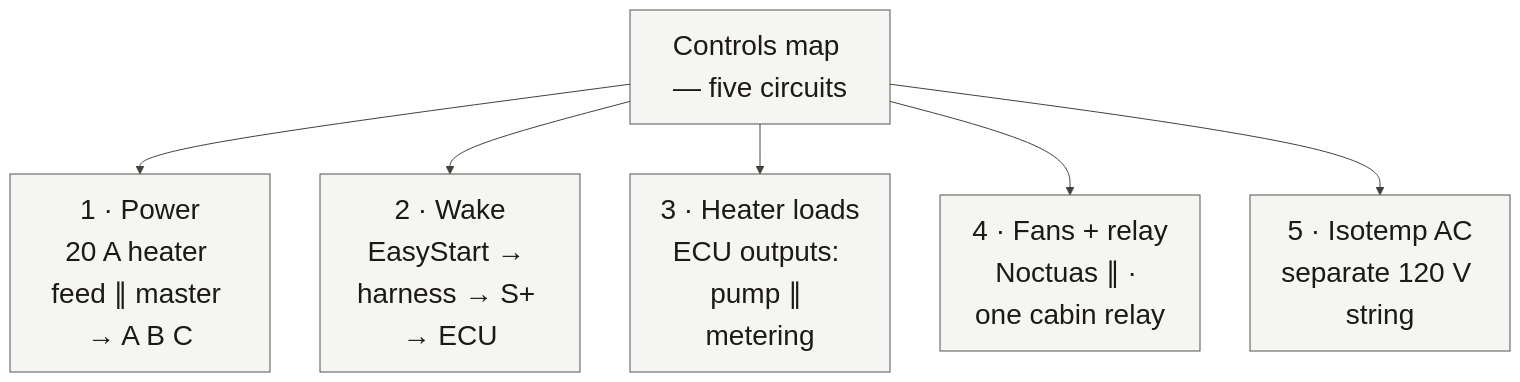
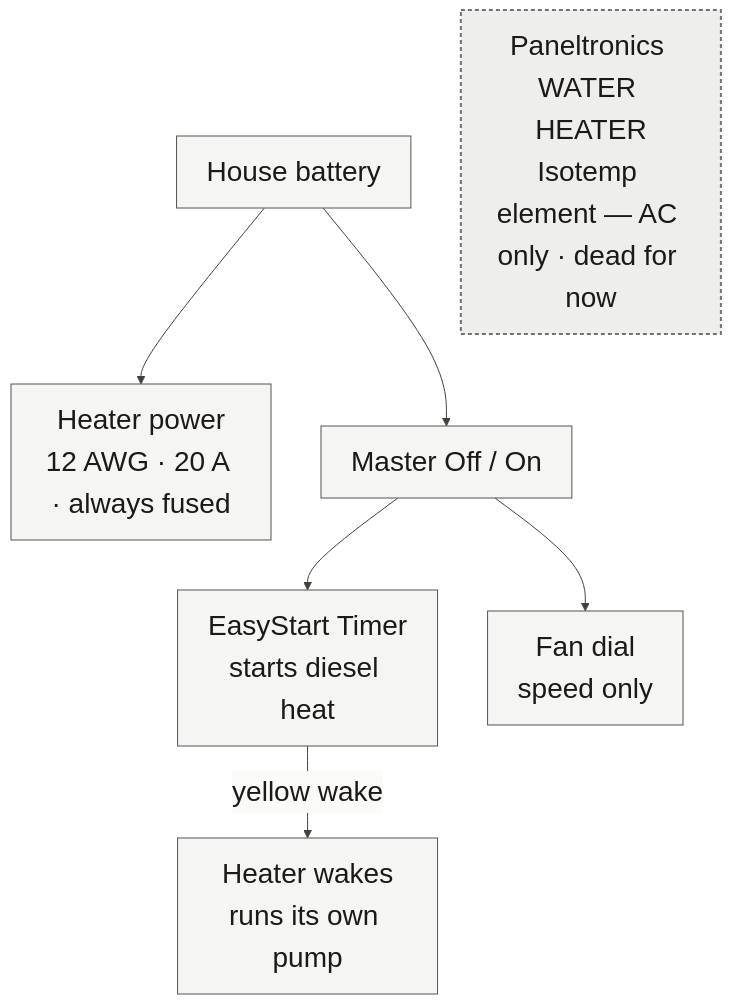
Before and after one commit to benracine/sprinter-heat: the diagram in book/diagrams/electrical.mmd, drawn with Mermaid. The commit also changed 23 other files, not shown here.

```diff
--- a/book/diagrams/electrical.mmd
+++ b/book/diagrams/electrical.mmd
@@ -1,11 +1,14 @@
 %%{init: {'theme':'base','themeVariables': {'background':'#fafaf9','primaryColor':'#f5f5f4','primaryTextColor':'#1c1917','primaryBorderColor':'#57534e','lineColor':'#44403c','secondaryColor':'#e7e5e4','tertiaryColor':'#eeeeec','fontFamily':'Avenir Next, Avenir, Helvetica Neue, sans-serif','fontSize':'28px','textColor':'#1c1917','mainBkg':'#f5f5f4','clusterBkg':'#eeeeec','clusterBorder':'#78716c','edgeLabelBackground':'#fafaf9'}}}%%
 flowchart TB
-  MAP["Controls map — five circuits"]
-  MAP --> P["1 · Power<br/>20 A heater feed ∥ master → A B C"]
-  MAP --> W["2 · Wake<br/>EasyStart → harness → S+ → ECU"]
-  MAP --> H["3 · Heater loads<br/>ECU outputs: pump ∥ metering"]
-  MAP --> F["4 · Fans + relay<br/>Noctuas ∥ · one cabin relay"]
-  MAP --> A["5 · Isotemp AC<br/>separate 120 V string"]
+  BAT["House battery"]
+  BAT --> H["Heater power<br/>12 AWG · 20 A · always fused"]
+  BAT --> M["Master Off / On"]
+  M --> ES["EasyStart Timer<br/>starts diesel heat"]
+  M --> FAN["Fan dial<br/>speed only"]
+  ES -->|"yellow wake"| H2["Heater wakes<br/>runs its own pump"]
+  AC["Paneltronics WATER HEATER<br/>Isotemp element — AC only · dead for now"]
 
   classDef solid fill:#f5f5f4,stroke:#57534e,stroke-width:1px,color:#1c1917;
-  class MAP,P,W,H,F,A solid;
+  classDef open fill:#eeeeec,stroke:#78716c,stroke-width:2px,stroke-dasharray:4 3,color:#1c1917;
+  class BAT,H,M,ES,FAN,H2 solid;
+  class AC open;
```
